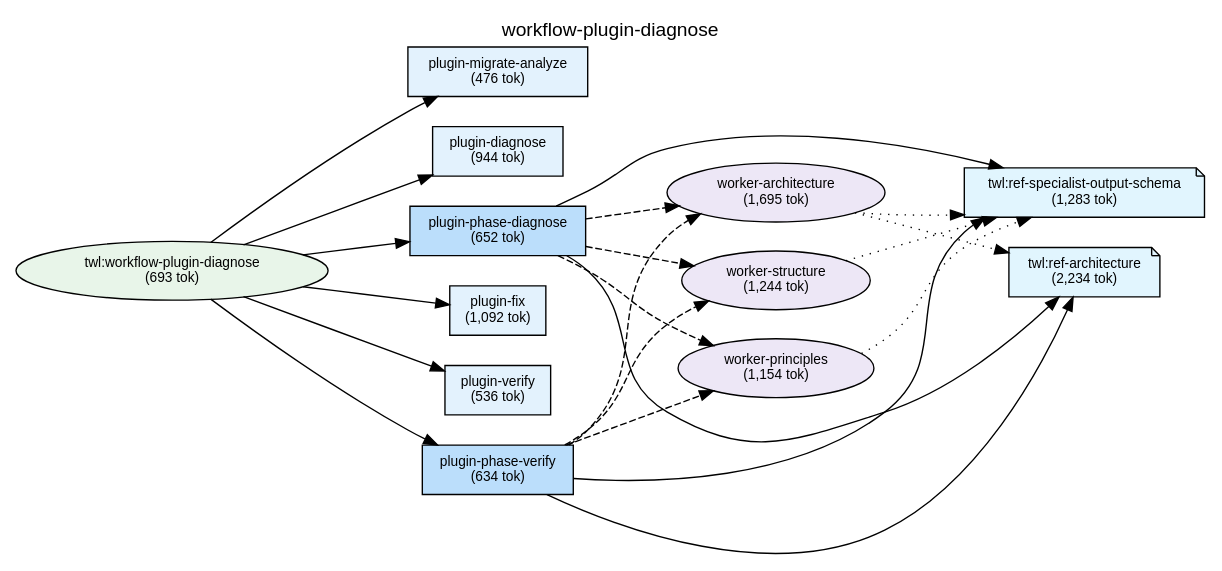
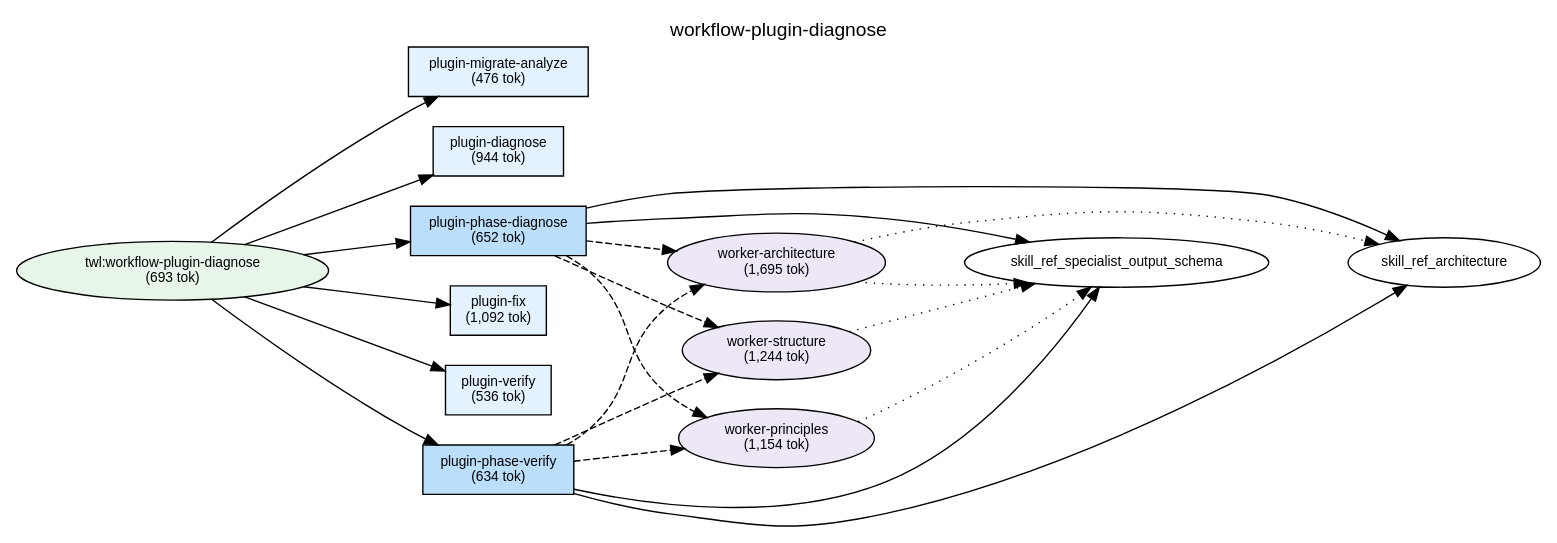
Before and after one commit to shuu5/twill: the diagram in plugins/twl/docs/deps-workflow-plugin-diagnose.dot, drawn with Graphviz. The commit also changed 30 other files, not shown here.

```diff
--- a/plugins/twl/docs/deps-workflow-plugin-diagnose.dot
+++ b/plugins/twl/docs/deps-workflow-plugin-diagnose.dot
@@ -1,91 +1,88 @@
 digraph Dependencies {
     // Graph settings
     rankdir=LR;
     ranksep=0.8;
     nodesep=0.3;
     fontname="Helvetica";
     node [fontname="Helvetica", fontsize=10];
     edge [fontname="Helvetica", fontsize=9];
     label="workflow-plugin-diagnose";
     labelloc=t;
     fontsize=14;
 
     // L0: Controller Skills
 
     // L0: Launchers
 
     // L0.5: Workflow Skills
     skill_workflow_plugin_diagnose [label="twl:workflow-plugin-diagnose\n(693 tok)", shape=ellipse, style=filled, fillcolor="#e8f5e9"];
 
     // Reference Skills
-    skill_ref_specialist_output_schema [label="twl:ref-specialist-output-schema\n(1,283 tok)", shape=note, style=filled, fillcolor="#e1f5fe"];
-    skill_ref_architecture [label="twl:ref-architecture\n(2,234 tok)", shape=note, style=filled, fillcolor="#e1f5fe"];
 
     // L1: Direct Commands
     cmd_plugin_migrate_analyze [label="plugin-migrate-analyze\n(476 tok)", shape=box, style=filled, fillcolor="#e3f2fd"];
     cmd_plugin_diagnose [label="plugin-diagnose\n(944 tok)", shape=box, style=filled, fillcolor="#e3f2fd"];
     cmd_plugin_fix [label="plugin-fix\n(1,092 tok)", shape=box, style=filled, fillcolor="#e3f2fd"];
     cmd_plugin_verify [label="plugin-verify\n(536 tok)", shape=box, style=filled, fillcolor="#e3f2fd"];
     cmd_plugin_phase_diagnose [label="plugin-phase-diagnose\n(652 tok)", shape=box, style=filled, fillcolor="#bbdefb"];
     cmd_plugin_phase_verify [label="plugin-phase-verify\n(634 tok)", shape=box, style=filled, fillcolor="#bbdefb"];
 
     // L2: Sub Commands
 
     // L3: Agents
     agent_worker_structure [label="worker-structure\n(1,244 tok)", shape=ellipse, style=filled, fillcolor="#ede7f6"];
     agent_worker_principles [label="worker-principles\n(1,154 tok)", shape=ellipse, style=filled, fillcolor="#ede7f6"];
     agent_worker_architecture [label="worker-architecture\n(1,695 tok)", shape=ellipse, style=filled, fillcolor="#ede7f6"];
 
     // L3.5: Scripts
 
     // L4: External
 
     // Layer constraints
     { rank=same; skill_workflow_plugin_diagnose; }
-    { rank=same; skill_ref_specialist_output_schema; skill_ref_architecture; }
     { rank=same; cmd_plugin_migrate_analyze; cmd_plugin_diagnose; cmd_plugin_fix; cmd_plugin_verify; cmd_plugin_phase_diagnose; cmd_plugin_phase_verify; }
     { rank=same; agent_worker_structure; agent_worker_principles; agent_worker_architecture; }
 
     // Edges
     skill_workflow_plugin_diagnose -> cmd_plugin_migrate_analyze;
     skill_workflow_plugin_diagnose -> cmd_plugin_diagnose;
     skill_workflow_plugin_diagnose -> cmd_plugin_phase_diagnose;
     skill_workflow_plugin_diagnose -> cmd_plugin_fix;
     skill_workflow_plugin_diagnose -> cmd_plugin_verify;
     skill_workflow_plugin_diagnose -> cmd_plugin_phase_verify;
     cmd_plugin_phase_diagnose -> agent_worker_structure [style=dashed];
     cmd_plugin_phase_diagnose -> agent_worker_principles [style=dashed];
     cmd_plugin_phase_diagnose -> agent_worker_architecture [style=dashed];
     cmd_plugin_phase_diagnose -> skill_ref_specialist_output_schema;
     cmd_plugin_phase_diagnose -> skill_ref_architecture;
     cmd_plugin_phase_verify -> agent_worker_structure [style=dashed];
     cmd_plugin_phase_verify -> agent_worker_principles [style=dashed];
     cmd_plugin_phase_verify -> agent_worker_architecture [style=dashed];
     cmd_plugin_phase_verify -> skill_ref_specialist_output_schema;
     cmd_plugin_phase_verify -> skill_ref_architecture;
     agent_worker_structure -> skill_ref_specialist_output_schema [style=dotted];
     agent_worker_principles -> skill_ref_specialist_output_schema [style=dotted];
     agent_worker_architecture -> skill_ref_specialist_output_schema [style=dotted];
     agent_worker_architecture -> skill_ref_architecture [style=dotted];
 
     // Ordering constraints (invisible edges)
     cmd_plugin_migrate_analyze -> cmd_plugin_diagnose [style=invis, weight=10];
     cmd_plugin_diagnose -> cmd_plugin_phase_diagnose [style=invis, weight=10];
     cmd_plugin_phase_diagnose -> cmd_plugin_fix [style=invis, weight=10];
     cmd_plugin_fix -> cmd_plugin_verify [style=invis, weight=10];
     cmd_plugin_verify -> cmd_plugin_phase_verify [style=invis, weight=10];
     agent_worker_structure -> agent_worker_principles [style=invis, weight=10];
     agent_worker_principles -> agent_worker_architecture [style=invis, weight=10];
     agent_worker_architecture -> skill_ref_specialist_output_schema [style=invis, weight=10];
     skill_ref_specialist_output_schema -> skill_ref_architecture [style=invis, weight=10];
     agent_worker_structure -> agent_worker_principles [style=invis, weight=10];
     agent_worker_principles -> agent_worker_architecture [style=invis, weight=10];
     agent_worker_architecture -> skill_ref_specialist_output_schema [style=invis, weight=10];
     skill_ref_specialist_output_schema -> skill_ref_architecture [style=invis, weight=10];
     agent_worker_structure -> agent_worker_principles [style=invis, weight=10];
     agent_worker_architecture -> agent_worker_structure [style=invis, weight=10];
     agent_worker_structure -> agent_worker_principles [style=invis, weight=10];
     agent_worker_principles -> skill_ref_specialist_output_schema [style=invis, weight=10];
     agent_worker_structure -> agent_worker_principles [style=invis, weight=10];
 
 }
```
